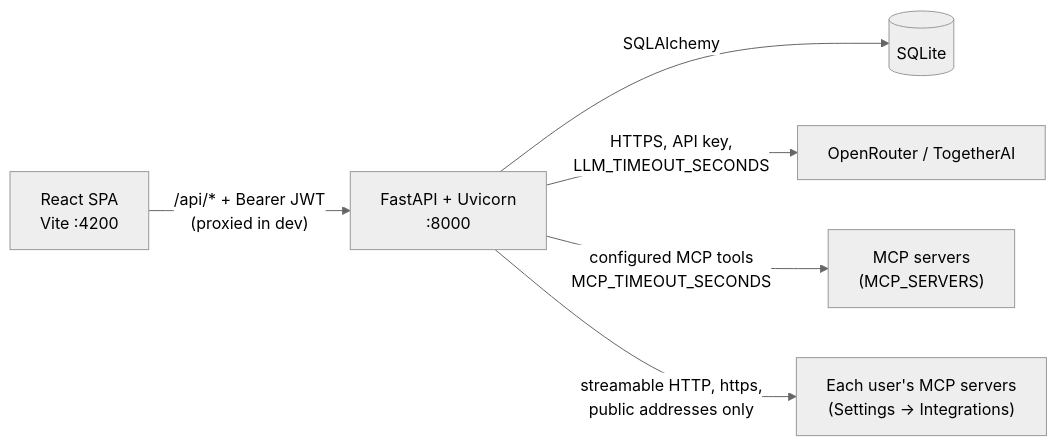
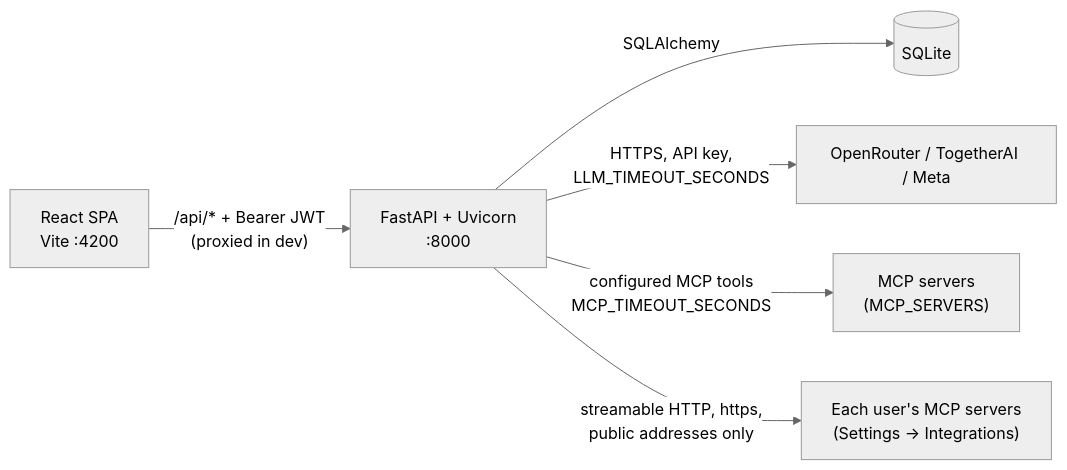
One commit to Fezzaioussama/AIMIx changed the first of 9 diagrams in docs/architecture.md. Above: the diagram before and after it, drawn with Mermaid (neutral theme). The commit also changed 23 other files, not shown here.

First line of the commit message:
feat(llm): add the Meta Model API as a provider

````diff
--- a/docs/architecture.md
+++ b/docs/architecture.md
@@ -5,8 +5,8 @@
 ```mermaid
 graph LR
     Browser["React SPA<br/>Vite :4200"] -->|"/api/* + Bearer JWT<br/>(proxied in dev)"| API["FastAPI + Uvicorn<br/>:8000"]
     API -->|SQLAlchemy| DB[("SQLite")]
-    API -->|"HTTPS, API key,<br/>LLM_TIMEOUT_SECONDS"| LLM["OpenRouter / TogetherAI"]
+    API -->|"HTTPS, API key,<br/>LLM_TIMEOUT_SECONDS"| LLM["OpenRouter / TogetherAI / Meta"]
     API -->|"configured MCP tools<br/>MCP_TIMEOUT_SECONDS"| MCP["MCP servers<br/>(MCP_SERVERS)"]
     API -->|"streamable HTTP, https,<br/>public addresses only"| Own["Each user's MCP servers<br/>(Settings → Integrations)"]
 ```
````
